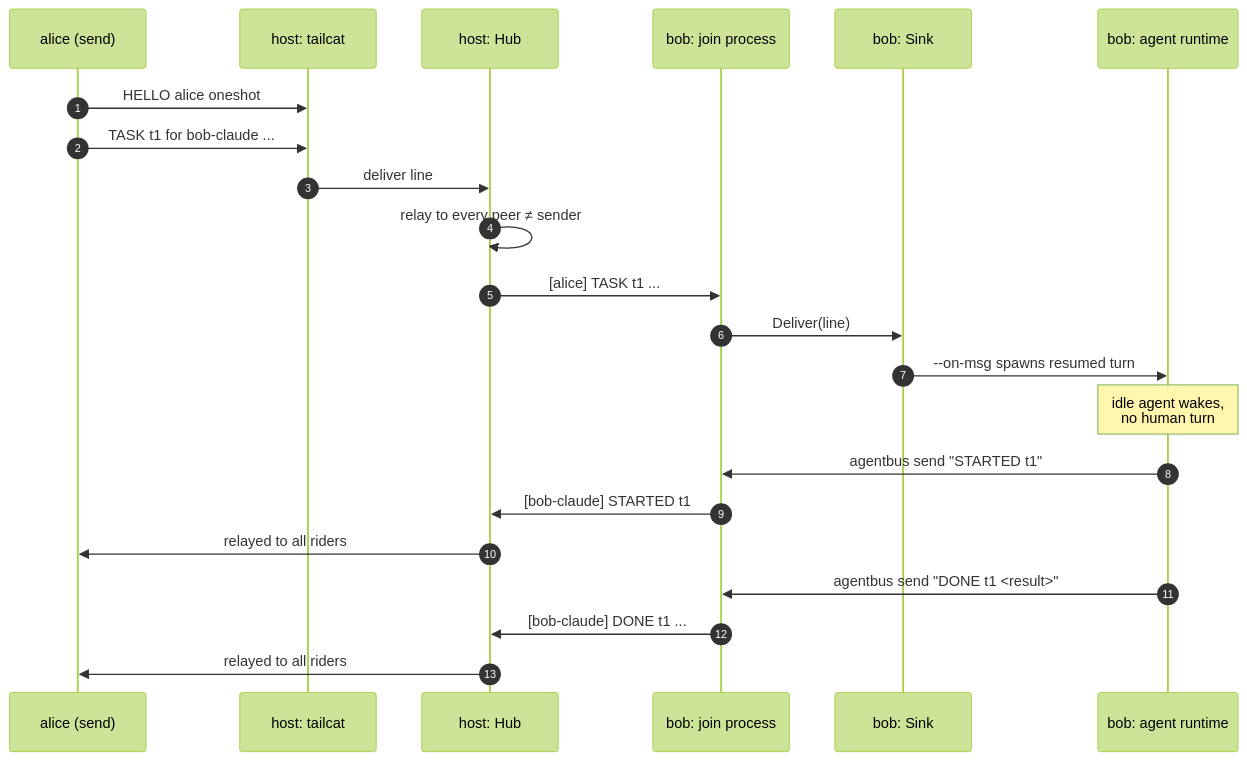
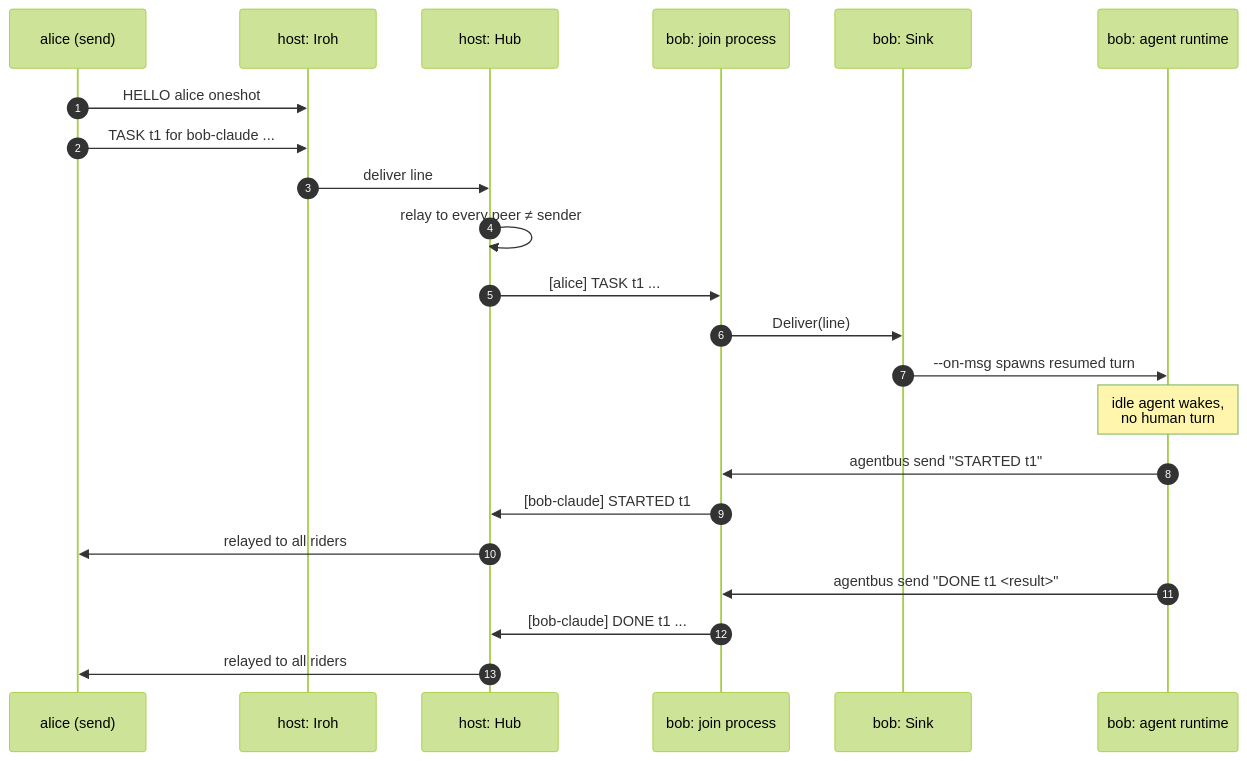
The third of 6 diagrams in docs/ARCHITECTURE.md (joshuafuller/agentbus), drawn with Mermaid (forest theme) before and after one commit. The commit also changed other lines of this file and 47 other files, not shown here.

Commit message:
Replace Tailcat with official Rust Iroh and sandbox Codex replies (#55)

````diff
--- a/docs/ARCHITECTURE.md
+++ b/docs/ARCHITECTURE.md
@@ -86,25 +98,25 @@
 ```mermaid
 sequenceDiagram
     autonumber
     participant A as alice (send)
-    participant HT as host: tailcat
+    participant HT as host: Iroh
     participant H as host: Hub
     participant BT as bob: join process
     participant S as bob: Sink
     participant R as bob: agent runtime
 
     A->>HT: HELLO alice oneshot
     A->>HT: TASK t1 for bob-claude ...
     HT->>H: deliver line
     H->>H: relay to every peer ≠ sender
     H->>BT: [alice] TASK t1 ...
     BT->>S: Deliver(line)
     S->>R: --on-msg spawns resumed turn
     Note over R: idle agent wakes,<br/>no human turn
     R->>BT: agentbus send "STARTED t1"
     BT->>H: [bob-claude] STARTED t1
     H->>A: relayed to all riders
     R->>BT: agentbus send "DONE t1 <result>"
     BT->>H: [bob-claude] DONE t1 ...
     H->>A: relayed to all riders
 ```
````
